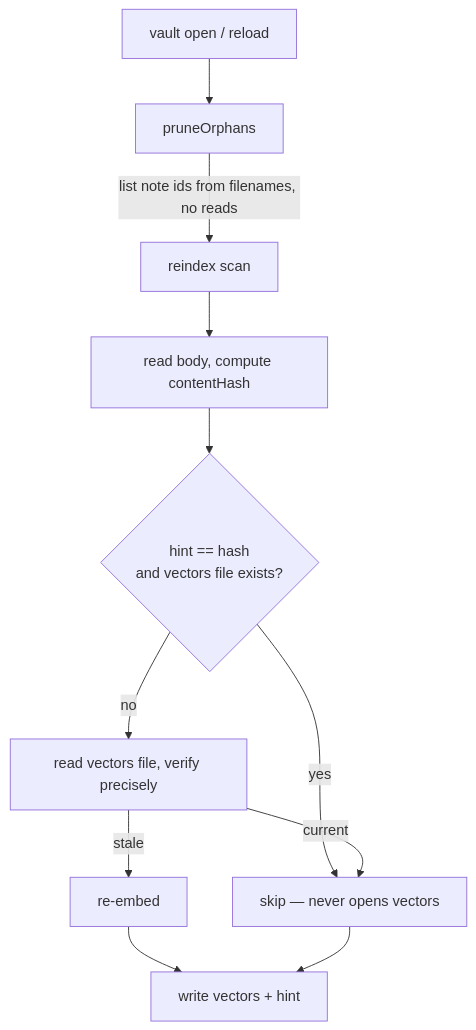
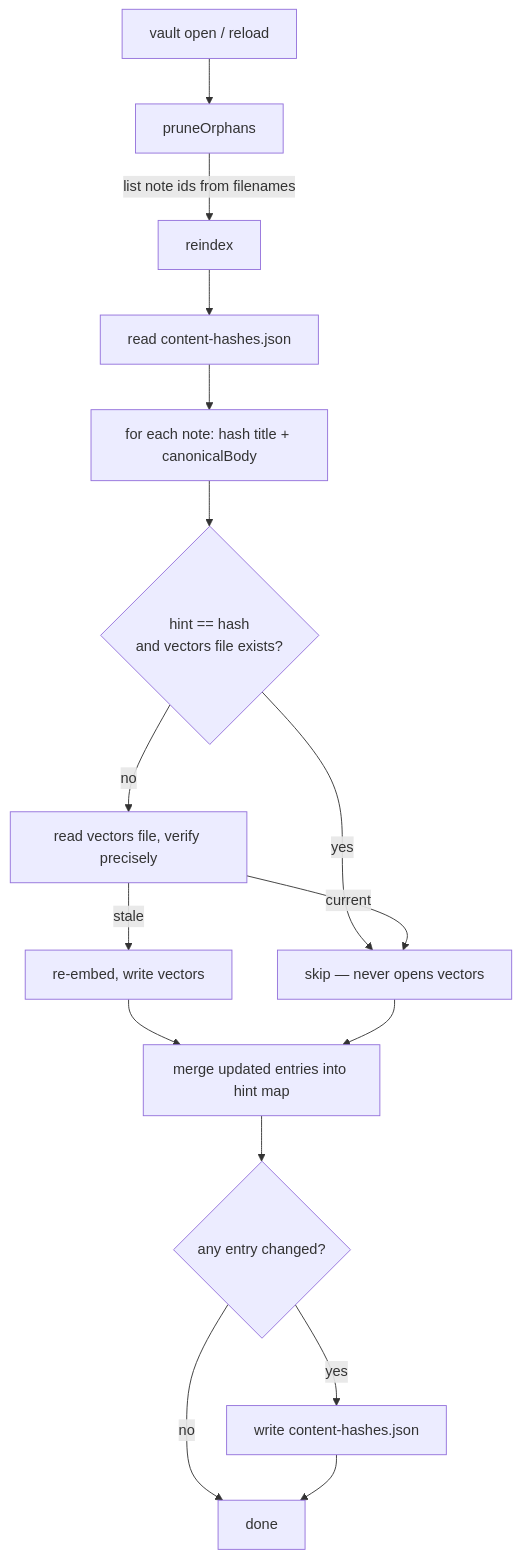
The diagram in docs/adr/011-reindex-scan-hint.md (adrisons/private-notes), drawn with Mermaid before and after one commit. The commit also changed other lines of this file and 12 other files, not shown here.

````diff
--- a/docs/adr/011-reindex-scan-hint.md
+++ b/docs/adr/011-reindex-scan-hint.md
@@ -87,13 +124,18 @@
 ```mermaid
 flowchart TB
   Reload[vault open / reload] --> Prune[pruneOrphans]
-  Prune -->|list note ids from filenames, no reads| Reindex[reindex scan]
-  Reindex --> Hash[read body, compute contentHash]
+  Prune -->|list note ids from filenames| Reindex[reindex]
+  Reindex --> Load[read content-hashes.json]
+  Load --> Hash[for each note: hash title + canonicalBody]
   Hash --> Q{hint == hash<br/>and vectors file exists?}
   Q -->|yes| Skip[skip — never opens vectors]
   Q -->|no| Verify[read vectors file, verify precisely]
-  Verify -->|stale| Embed[re-embed]
+  Verify -->|stale| Embed[re-embed, write vectors]
   Verify -->|current| Skip
-  Embed --> Write[write vectors + hint]
-  Skip --> Write
+  Embed --> Merge[merge updated entries into hint map]
+  Skip --> Merge
+  Merge --> Persist{any entry changed?}
+  Persist -->|yes| Write[write content-hashes.json]
+  Persist -->|no| Done[done]
+  Write --> Done
 ```
````
